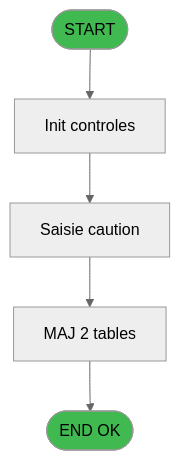
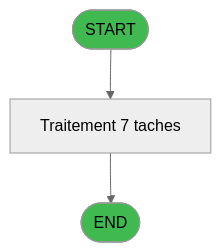
One commit to thonyAGP/magic-migration changed the first of 3 diagrams in .openspec/specs/ADH-IDE-165.md. Above: the diagram before and after it, drawn with Mermaid (neutral theme). The commit also changed other lines of this file and 311 other files, not shown here.

````diff
--- a/.openspec/specs/ADH-IDE-165.md
+++ b/.openspec/specs/ADH-IDE-165.md
@@ -398,14 +398,9 @@
 ```mermaid
 flowchart TD
     START([START])
-    INIT[Init controles]
-    SAISIE[Saisie caution]
-    UPDATE[MAJ 2 tables]
-    ENDOK([END OK])
-
-    START --> INIT --> SAISIE
-    SAISIE --> UPDATE --> ENDOK
-
+    PROCESS[Traitement 7 taches]
+    ENDOK([END])
+    START --> PROCESS --> ENDOK
     style START fill:#3fb950,color:#000
     style ENDOK fill:#3fb950,color:#000
 ```
````
